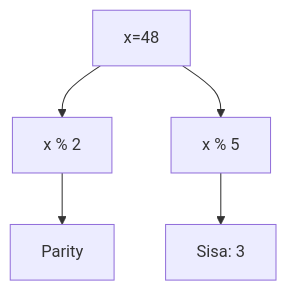
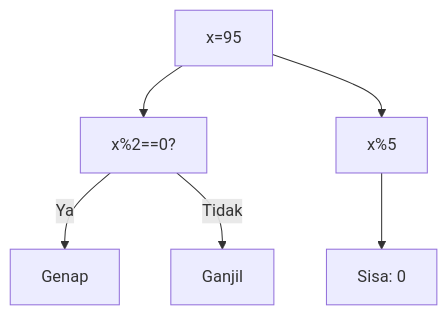
Before and after one commit to amnahwaida/OSNK_INF_PREP: the second of 25 diagrams in part-c-pemahaman-cpp/05-rekursi/latihan/set-04.md, drawn with Mermaid. The commit also changed other lines of this file and 71 other files, not shown here.

Commit message:
Fixed Mermaid syntax lexical errors with quoted labels in 1,800 questions

````diff
--- a/part-c-pemahaman-cpp/05-rekursi/latihan/set-04.md
+++ b/part-c-pemahaman-cpp/05-rekursi/latihan/set-04.md
@@ -52,7 +52,8 @@
 ```mermaid
 graph TD
-A[x=48] --> B[x % 2]
-B --> C[Parity]
-A --> D[x % 5]
-D --> E[Sisa: 3]
+A["x=95"] --> B["x%2==0?"]
+B -- Ya --> C["Genap"]
+B -- Tidak --> D["Ganjil"]
+A --> E["x%5"]
+E --> F["Sisa: 0"]
 ```
````
